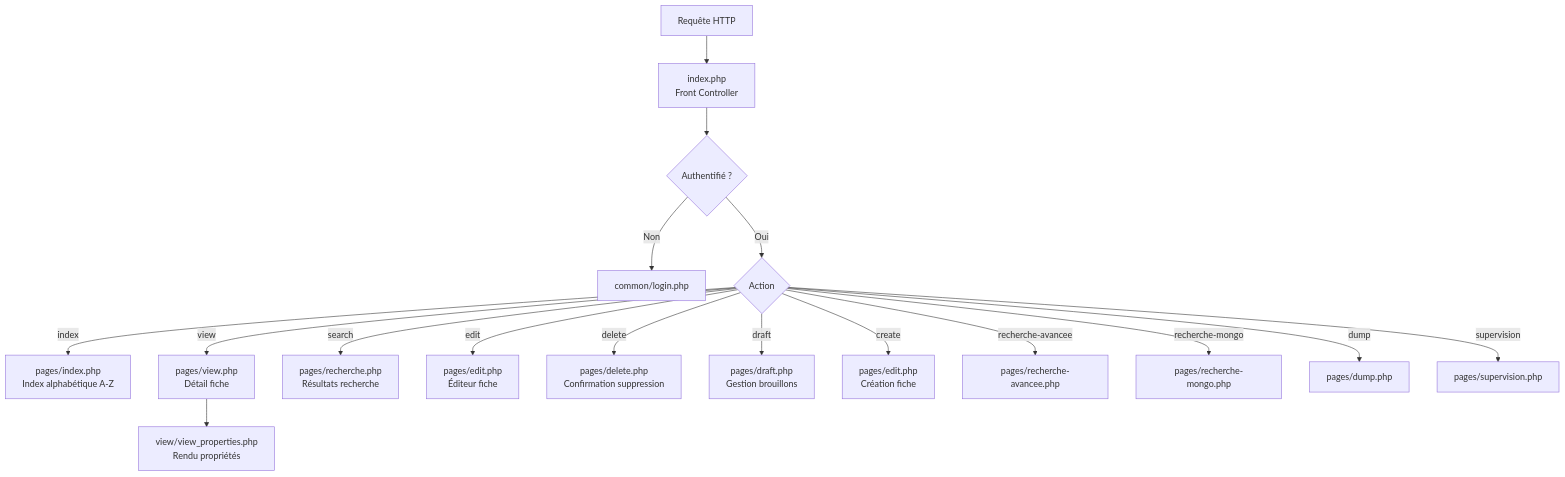
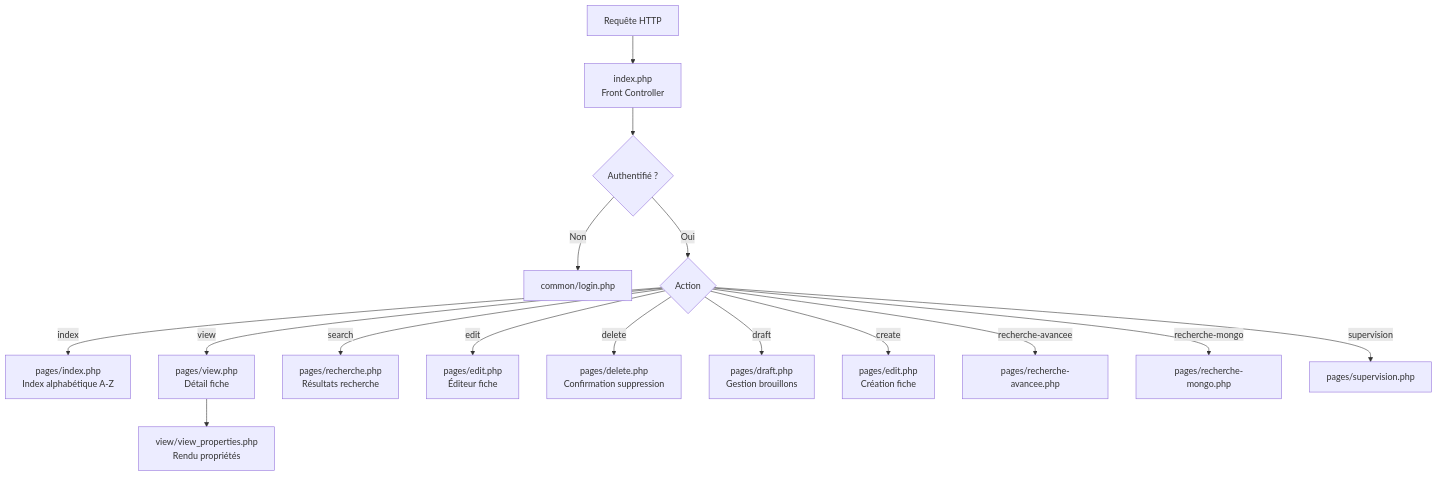
Before and after one commit to vpo92/studium: the fifth of 14 diagrams in doc.md, drawn with Mermaid. The commit also changed 9 other files, not shown here.

````diff
--- a/doc.md
+++ b/doc.md
@@ -238,21 +238,20 @@
 ```mermaid
 flowchart TD
     REQ["Requête HTTP"] --> FC["index.php<br/>Front Controller"]
     FC --> AUTH{Authentifié ?}
     AUTH -->|Non| LOGIN["common/login.php"]
     AUTH -->|Oui| ACTION{Action}
 
     ACTION -->|"index"| INDEX["pages/index.php<br/>Index alphabétique A-Z"]
     ACTION -->|"view"| VIEW["pages/view.php<br/>Détail fiche"]
     ACTION -->|"search"| SEARCH["pages/recherche.php<br/>Résultats recherche"]
     ACTION -->|"edit"| EDIT["pages/edit.php<br/>Éditeur fiche"]
     ACTION -->|"delete"| DELETE["pages/delete.php<br/>Confirmation suppression"]
     ACTION -->|"draft"| DRAFT["pages/draft.php<br/>Gestion brouillons"]
     ACTION -->|"create"| CREATE["pages/edit.php<br/>Création fiche"]
     ACTION -->|"recherche-avancee"| AV["pages/recherche-avancee.php"]
     ACTION -->|"recherche-mongo"| MONGO["pages/recherche-mongo.php"]
-    ACTION -->|"dump"| DUMP["pages/dump.php"]
     ACTION -->|"supervision"| SUP["pages/supervision.php"]
 
     VIEW --> VIEWPROPS["view/view_properties.php<br/>Rendu propriétés"]
 ```
````
